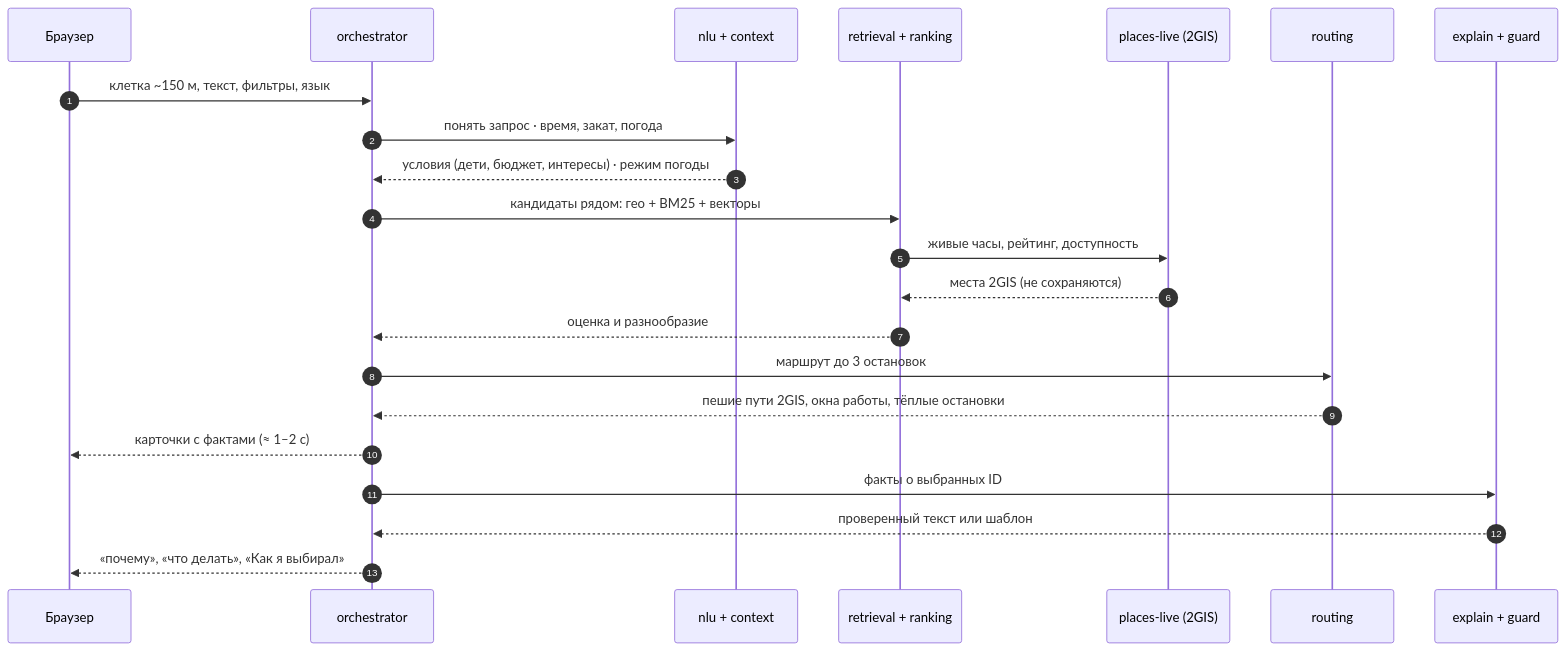
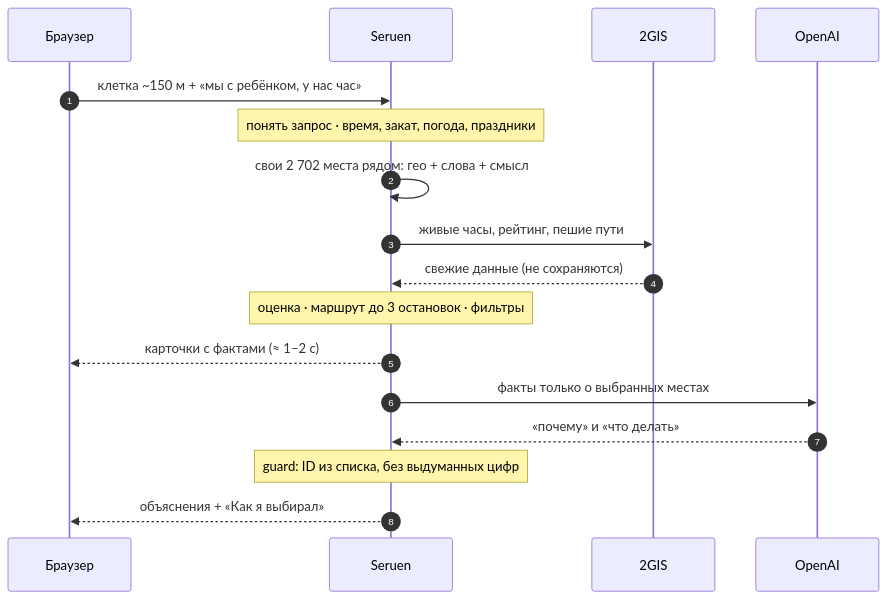
Before and after one commit to awzwz/seruen-astana: the diagram in README.md, drawn with Mermaid. The commit also changed other lines of this file and 1 other file, not shown here.

Commit message:
README: hand-drawn architecture diagram, simpler request flow

````diff
--- a/README.md
+++ b/README.md
@@ -81,25 +81,20 @@
 ```mermaid
 sequenceDiagram
     autonumber
     participant B as Браузер
-    participant O as orchestrator
-    participant N as nlu + context
-    participant R as retrieval + ranking
-    participant G as places-live (2GIS)
-    participant RT as routing
-    participant AI as explain + guard
+    participant O as Seruen
+    participant G as 2GIS
+    participant AI as OpenAI
 
-    B->>O: клетка ~150 м, текст, фильтры, язык
-    O->>N: понять запрос · время, закат, погода
-    N-->>O: условия (дети, бюджет, интересы) · режим погоды
-    O->>R: кандидаты рядом: гео + BM25 + векторы
-    R->>G: живые часы, рейтинг, доступность
-    G-->>R: места 2GIS (не сохраняются)
-    R-->>O: оценка и разнообразие
-    O->>RT: маршрут до 3 остановок
-    RT-->>O: пешие пути 2GIS, окна работы, тёплые остановки
+    B->>O: клетка ~150 м + «мы с ребёнком, у нас час»
+    Note over O: понять запрос · время, закат, погода, праздники
+    O->>O: свои 2 702 места рядом: гео + слова + смысл
+    O->>G: живые часы, рейтинг, пешие пути
+    G-->>O: свежие данные (не сохраняются)
+    Note over O: оценка · маршрут до 3 остановок · фильтры
     O-->>B: карточки с фактами (≈ 1–2 с)
-    O->>AI: факты о выбранных ID
-    AI-->>O: проверенный текст или шаблон
-    O-->>B: «почему», «что делать», «Как я выбирал»
+    O->>AI: факты только о выбранных местах
+    AI-->>O: «почему» и «что делать»
+    Note over O: guard: ID из списка, без выдуманных цифр
+    O-->>B: объяснения + «Как я выбирал»
 ```
````
